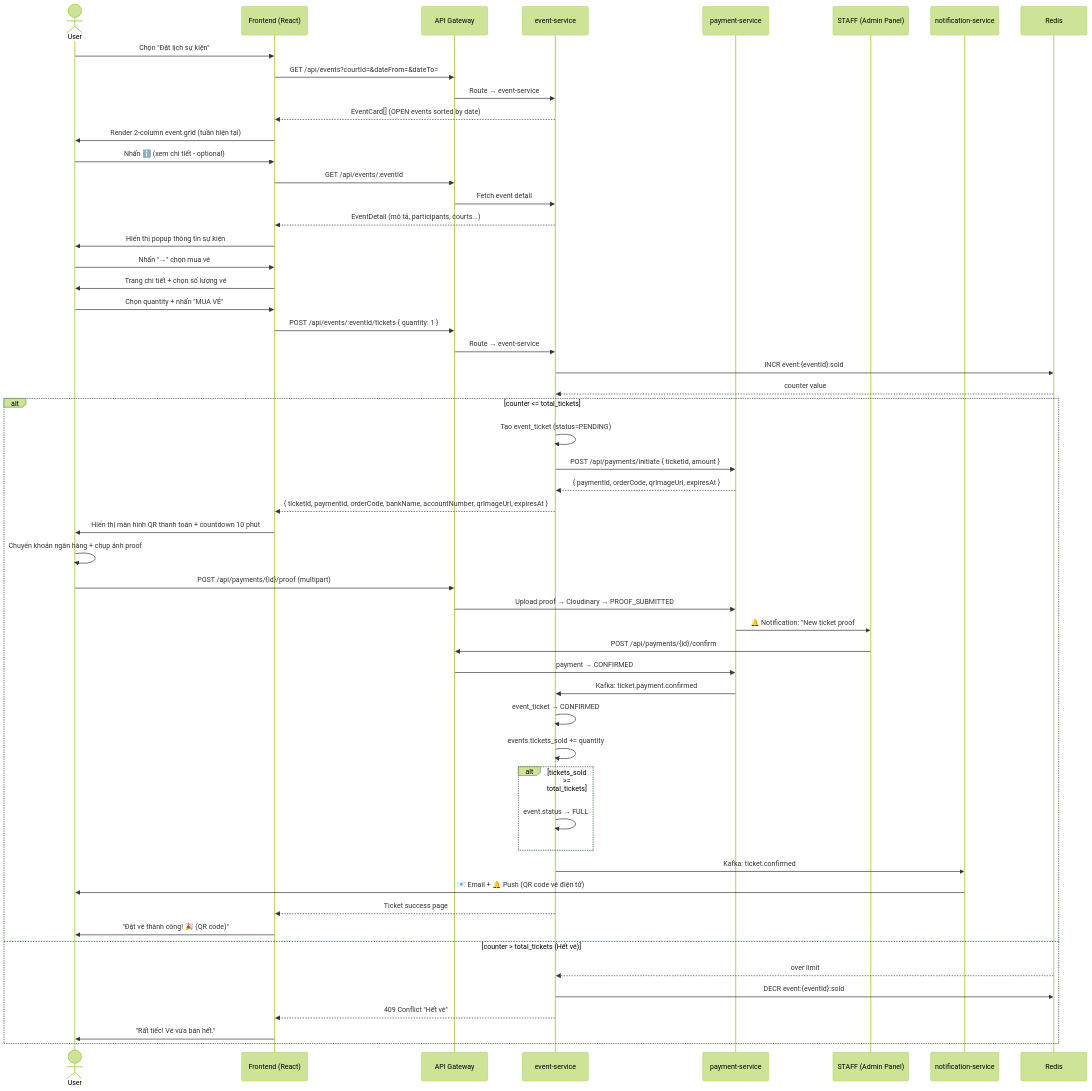
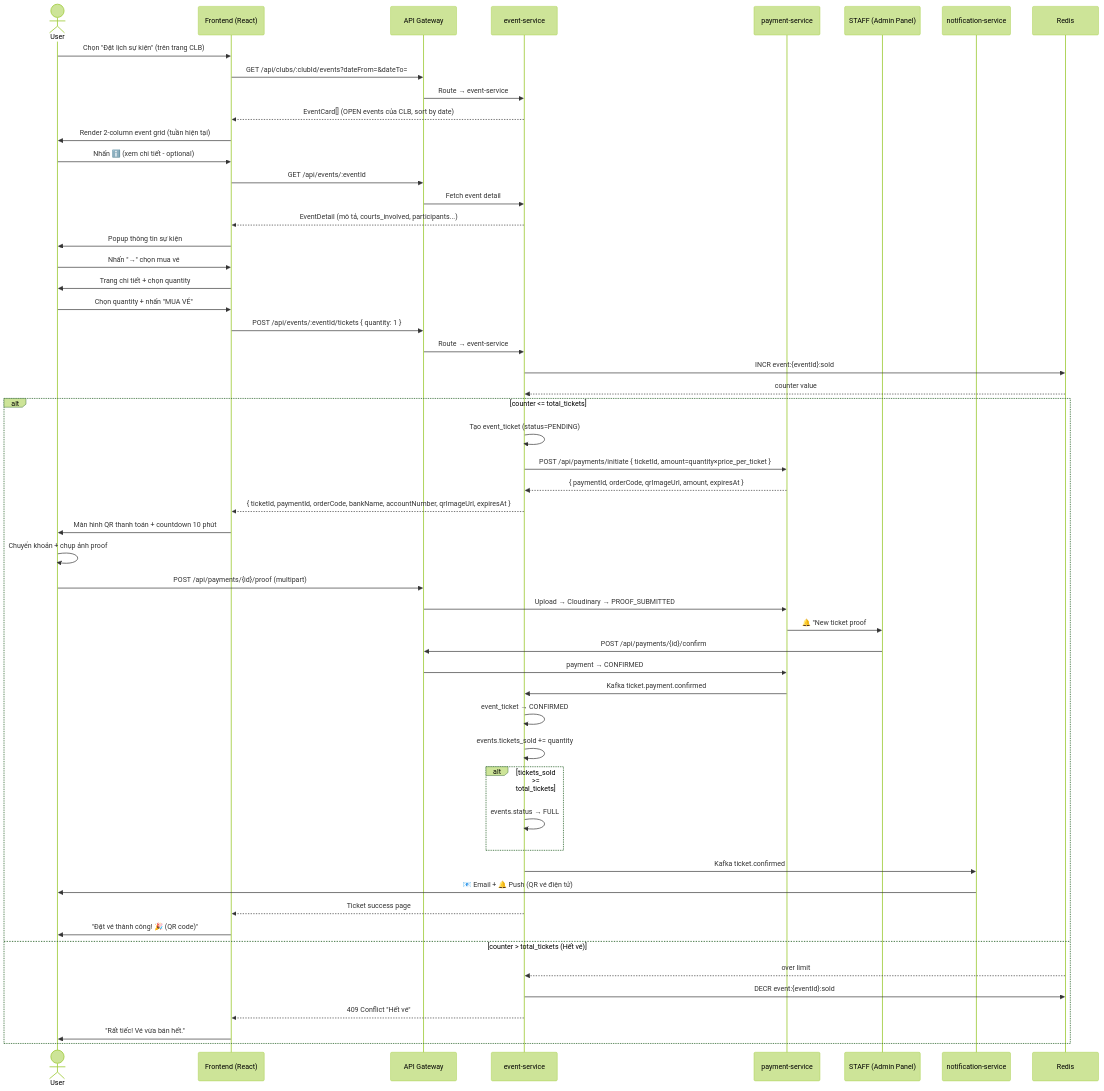
The first of 2 diagrams in UC_Event_Booking.md (phucgigital03/BadmintonHub), drawn with Mermaid (forest theme) before and after one commit. The commit also changed other lines of this file and 7 other files, not shown here.

````diff
--- a/UC_Event_Booking.md
+++ b/UC_Event_Booking.md
@@ -258,68 +225,66 @@
 ```mermaid
 sequenceDiagram
     actor U as User
     participant FE as Frontend (React)
     participant GW as API Gateway
     participant ES as event-service
     participant PS as payment-service
     participant ST as STAFF (Admin Panel)
     participant NS as notification-service
     participant RD as Redis
 
-    U->>FE: Chọn "Đặt lịch sự kiện"
-    FE->>GW: GET /api/events?courtId=&dateFrom=&dateTo=
+    U->>FE: Chọn "Đặt lịch sự kiện" (trên trang CLB)
+    FE->>GW: GET /api/clubs/:clubId/events?dateFrom=&dateTo=
     GW->>ES: Route → event-service
-    ES-->>FE: EventCard[] (OPEN events sorted by date)
+    ES-->>FE: EventCard[] (OPEN events của CLB, sort by date)
     FE->>U: Render 2-column event grid (tuần hiện tại)
 
     U->>FE: Nhấn ℹ️ (xem chi tiết - optional)
     FE->>GW: GET /api/events/:eventId
     GW->>ES: Fetch event detail
-    ES-->>FE: EventDetail (mô tả, participants, courts...)
-    FE->>U: Hiển thị popup thông tin sự kiện
+    ES-->>FE: EventDetail (mô tả, courts_involved, participants...)
+    FE->>U: Popup thông tin sự kiện
 
     U->>FE: Nhấn "→" chọn mua vé
-    FE->>U: Trang chi tiết + chọn số lượng vé
+    FE->>U: Trang chi tiết + chọn quantity
 
     U->>FE: Chọn quantity + nhấn "MUA VÉ"
     FE->>GW: POST /api/events/:eventId/tickets { quantity: 1 }
     GW->>ES: Route → event-service
 
     ES->>RD: INCR event:{eventId}:sold
     RD-->>ES: counter value
 
     alt counter <= total_tickets
         ES->>ES: Tạo event_ticket (status=PENDING)
-        ES->>PS: POST /api/payments/initiate { ticketId, amount }
-        PS-->>ES: { paymentId, orderCode, qrImageUrl, expiresAt }
+        ES->>PS: POST /api/payments/initiate { ticketId, amount=quantity×price_per_ticket }
+        PS-->>ES: { paymentId, orderCode, qrImageUrl, amount, expiresAt }
         ES-->>FE: { ticketId, paymentId, orderCode, bankName, accountNumber, qrImageUrl, expiresAt }
-        FE->>U: Hiển thị màn hình QR thanh toán + countdown 10 phút
+        FE->>U: Màn hình QR thanh toán + countdown 10 phút
 
-        U->>U: Chuyển khoản ngân hàng + chụp ảnh proof
+        U->>U: Chuyển khoản + chụp ảnh proof
         U->>GW: POST /api/payments/{id}/proof (multipart)
-        GW->>PS: Upload proof → Cloudinary → PROOF_SUBMITTED
-        PS->>ST: 🔔 Notification: "New ticket proof #[orderCode] — please review"
+        GW->>PS: Upload → Cloudinary → PROOF_SUBMITTED
+        PS->>ST: 🔔 "New ticket proof #orderCode — please review"
 
         ST->>GW: POST /api/payments/{id}/confirm
         GW->>PS: payment → CONFIRMED
-        PS->>ES: Kafka: ticket.payment.confirmed
+        PS->>ES: Kafka ticket.payment.confirmed
         ES->>ES: event_ticket → CONFIRMED
         ES->>ES: events.tickets_sold += quantity
 
         alt tickets_sold >= total_tickets
-            ES->>ES: event.status → FULL
+            ES->>ES: events.status → FULL
         end
 
-        ES->>NS: Kafka: ticket.confirmed
-        NS->>U: 📧 Email + 🔔 Push (QR code vé điện tử)
-
+        ES->>NS: Kafka ticket.confirmed
+        NS->>U: 📧 Email + 🔔 Push (QR vé điện tử)
         ES-->>FE: Ticket success page
         FE->>U: "Đặt vé thành công! 🎉 (QR code)"
-
     else counter > total_tickets (Hết vé)
         RD-->>ES: over limit
         ES->>RD: DECR event:{eventId}:sold
         ES-->>FE: 409 Conflict "Hết vé"
         FE->>U: "Rất tiếc! Vé vừa bán hết."
     end
 ```
````
